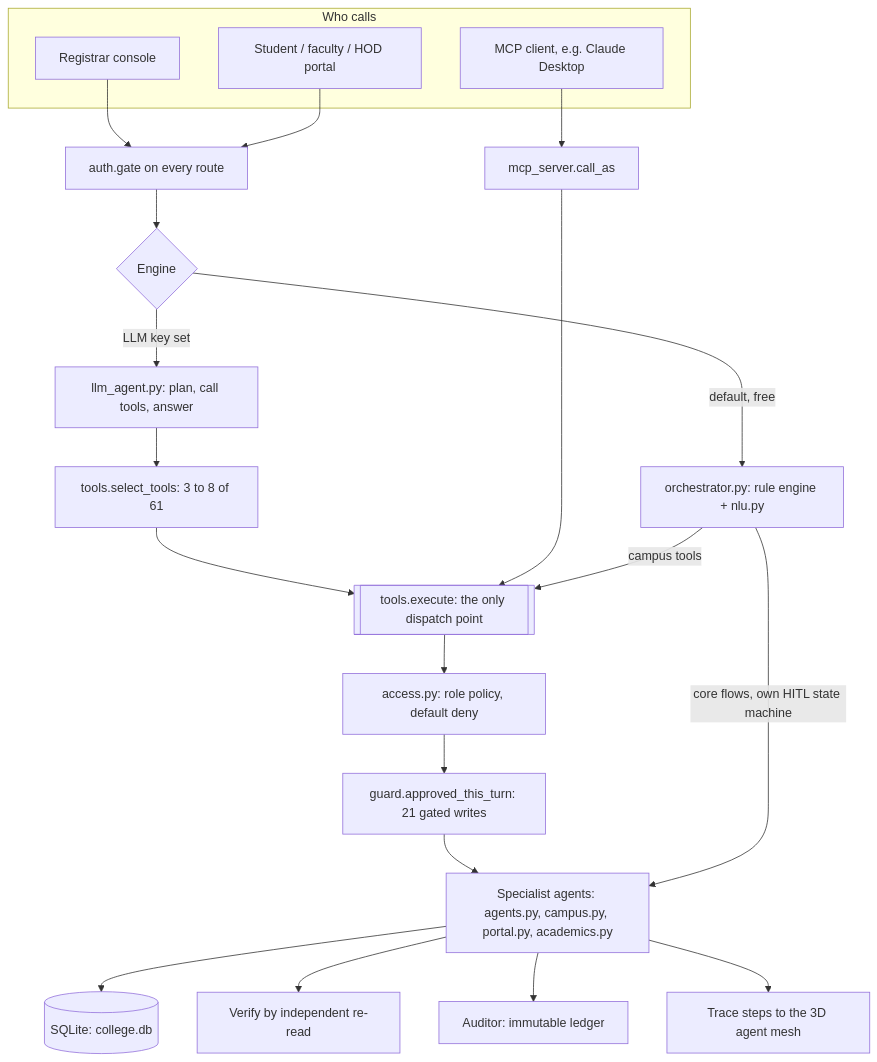
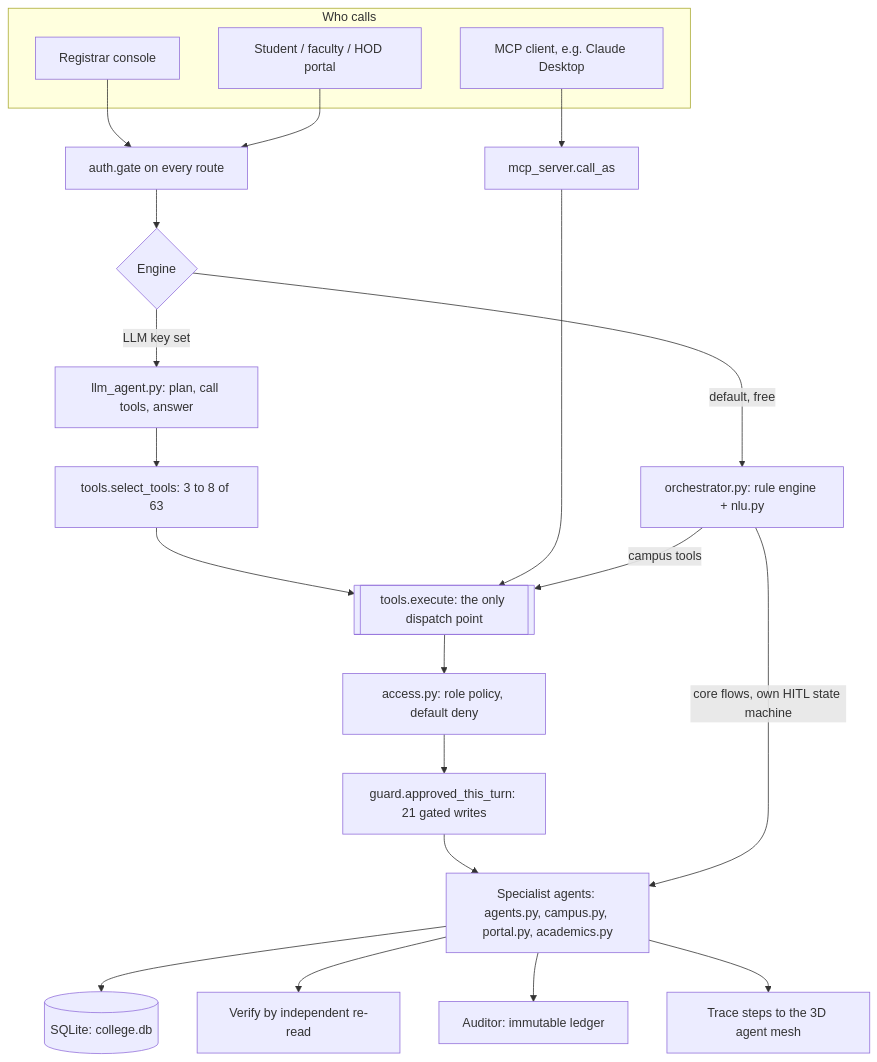
One commit to samprith02/VidyaERP changed the first of 7 diagrams in README.md. Above: the diagram before and after it, drawn with Mermaid. The commit also changed other lines of this file and 1 other file, not shown here.

````diff
--- a/README.md
+++ b/README.md
@@ -221,26 +203,26 @@
 ```mermaid
 flowchart TB
   subgraph callers [Who calls]
     RC[Registrar console]
     PT[Student / faculty / HOD portal]
     MC[MCP client, e.g. Claude Desktop]
   end
   RC --> AG[auth.gate on every route]
   PT --> AG
   AG --> EN{Engine}
   EN -->|default, free| RE[orchestrator.py: rule engine + nlu.py]
   EN -->|LLM key set| LA[llm_agent.py: plan, call tools, answer]
-  LA --> TR[tools.select_tools: 3 to 8 of 61]
+  LA --> TR[tools.select_tools: 3 to 8 of 63]
   MC --> CA[mcp_server.call_as]
   TR --> EX[[tools.execute: the only dispatch point]]
   CA --> EX
   RE -->|campus tools| EX
   EX --> AC[access.py: role policy, default deny]
   AC --> GD[guard.approved_this_turn: 21 gated writes]
   GD --> SP[Specialist agents: agents.py, campus.py, portal.py, academics.py]
   RE -->|core flows, own HITL state machine| SP
   SP --> DB[(SQLite: college.db)]
   SP --> VR[Verify by independent re-read]
   SP --> AU[Auditor: immutable ledger]
   SP --> TC[Trace steps to the 3D agent mesh]
 ```
````
